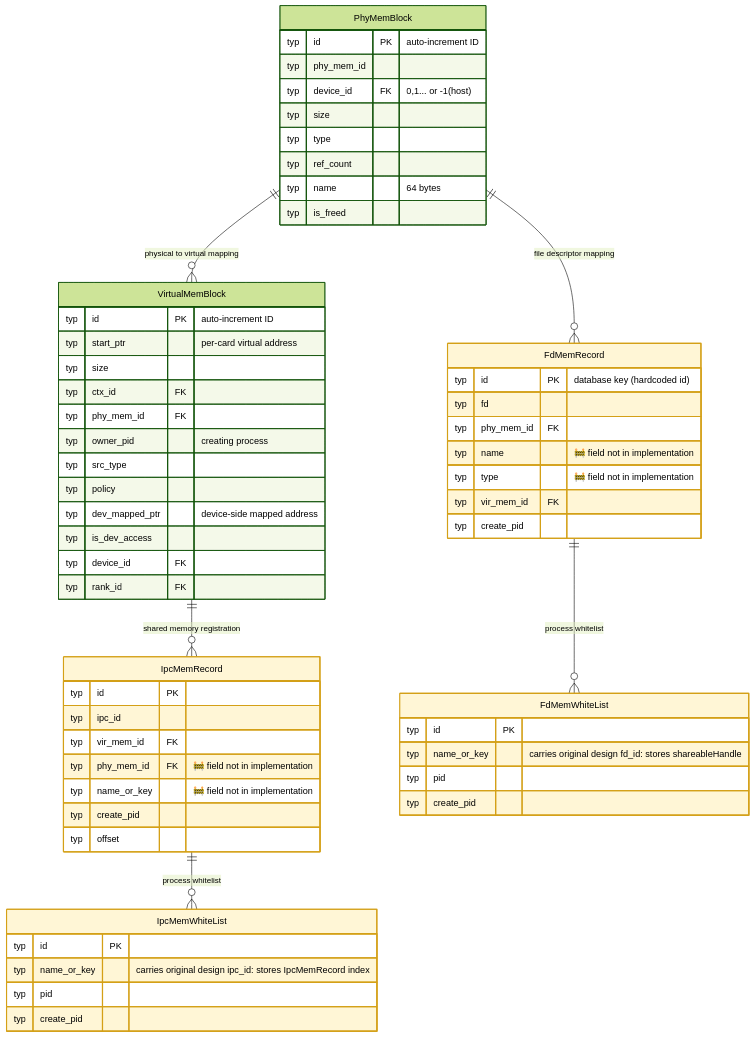
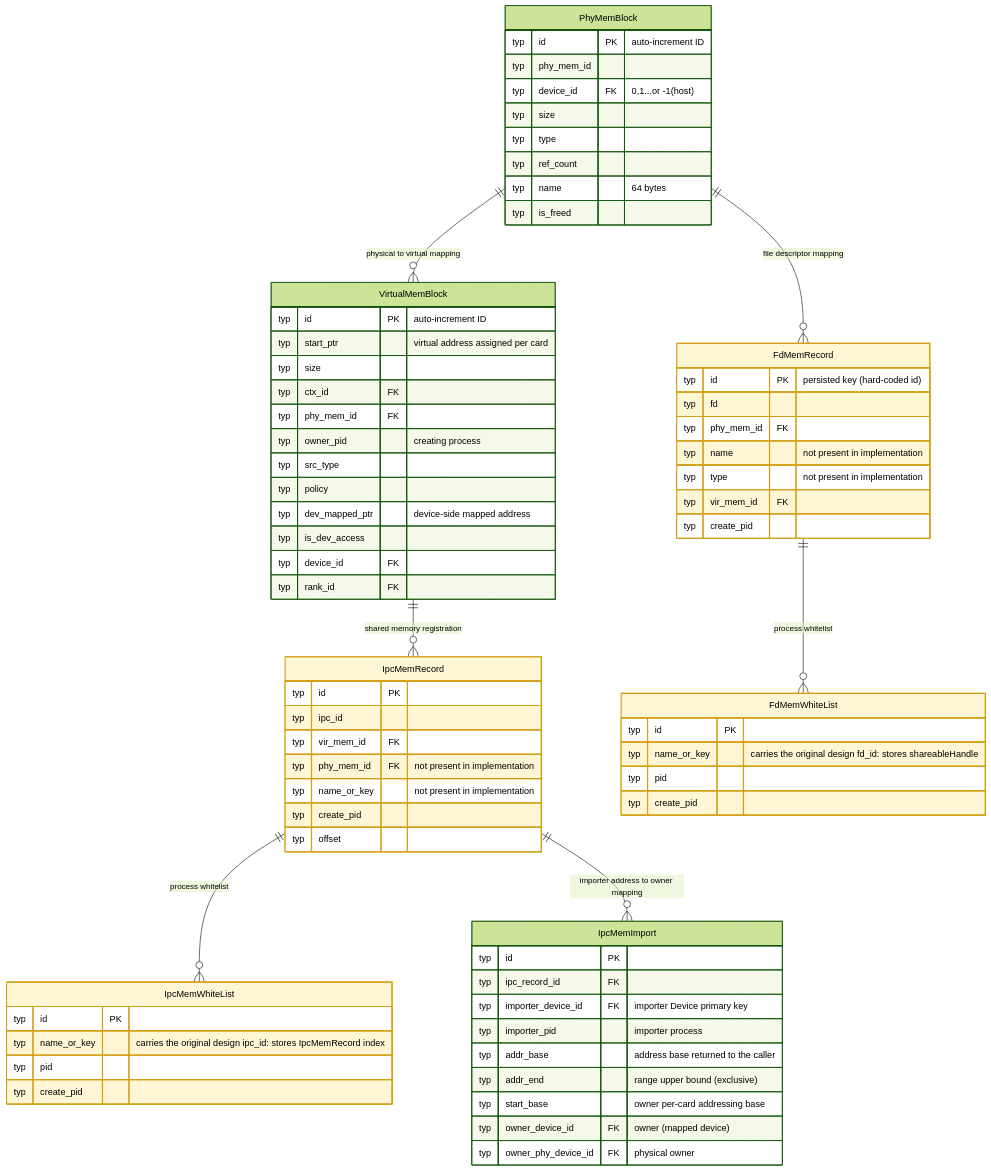
One commit to Atlas-Ascend-Fork/hcomm changed the fifth of 19 diagrams in test/hccl_vm/docs/simulator_runner_data_model_en.md. Above: the diagram before and after it, drawn with Mermaid (forest theme). The commit also changed other lines of this file and 171 other files, not shown here.

````diff
--- a/test/hccl_vm/docs/simulator_runner_data_model_en.md
+++ b/test/hccl_vm/docs/simulator_runner_data_model_en.md
@@ -474,13 +474,14 @@
 ```mermaid
 erDiagram
-    %% 🧠 Process-private candidates: IpcMemRecord / IpcMemWhiteList / FdMemWhiteList (only src/proxy accesses)
-    %% FdMemRecord: only cmd dump, no writer (empty table)
+    %% Process-private candidates: IpcMemRecord / IpcMemWhiteList / FdMemWhiteList (accessed only by src/proxy)
+    %% FdMemRecord is accessed only by cmd dump; no writer (empty table)
+    %% IpcMemImport is cross-process: src/proxy writes (registered at import time), src/device_arm reads (SDMA SQE peer resolution)
     PhyMemBlock ||--o{ VirtualMemBlock : "physical to virtual mapping"
     PhyMemBlock ||--o{ FdMemRecord : "file descriptor mapping"
     PhyMemBlock {
         typ id PK "auto-increment ID"
         typ phy_mem_id
-        typ device_id FK "0,1... or -1(host)"
+        typ device_id FK "0,1...or -1(host)"
         typ size
         typ type
         typ ref_count
@@ -490,7 +491,7 @@
 
     VirtualMemBlock {
         typ id PK "auto-increment ID"
-        typ start_ptr "per-card virtual address"
+        typ start_ptr "virtual address assigned per card"
         typ size
         typ ctx_id FK
         typ phy_mem_id FK
@@ -508,8 +509,8 @@
         typ id PK
         typ ipc_id
         typ vir_mem_id FK
-        typ phy_mem_id FK "🚧 field not in implementation"
-        typ name_or_key "🚧 field not in implementation"
+        typ phy_mem_id FK "not present in implementation"
+        typ name_or_key "not present in implementation"
         typ create_pid
         typ offset
     }
@@ -517,17 +518,30 @@
     IpcMemRecord ||--o{ IpcMemWhiteList : "process whitelist"
     IpcMemWhiteList {
         typ id PK
-        typ name_or_key "carries original design ipc_id: stores IpcMemRecord index"
+        typ name_or_key "carries the original design ipc_id: stores IpcMemRecord index"
         typ pid
         typ create_pid
     }
 
+    IpcMemRecord ||--o{ IpcMemImport : "importer address to owner mapping"
+    IpcMemImport {
+        typ id PK
+        typ ipc_record_id FK
+        typ importer_device_id FK "importer Device primary key"
+        typ importer_pid "importer process"
+        typ addr_base "address base returned to the caller"
+        typ addr_end "range upper bound (exclusive)"
+        typ start_base "owner per-card addressing base"
+        typ owner_device_id FK "owner (mapped device)"
+        typ owner_phy_device_id FK "physical owner"
+    }
+
     FdMemRecord {
-        typ id PK "database key (hardcoded id)"
+        typ id PK "persisted key (hard-coded id)"
         typ fd
         typ phy_mem_id FK
-        typ name "🚧 field not in implementation"
-        typ type "🚧 field not in implementation"
+        typ name "not present in implementation"
+        typ type "not present in implementation"
         typ vir_mem_id FK
         typ create_pid
     }
@@ -535,7 +549,7 @@
     FdMemRecord ||--o{ FdMemWhiteList : "process whitelist"
     FdMemWhiteList {
         typ id PK
-        typ name_or_key "carries original design fd_id: stores shareableHandle"
+        typ name_or_key "carries the original design fd_id: stores shareableHandle"
         typ pid
         typ create_pid
     }
````
